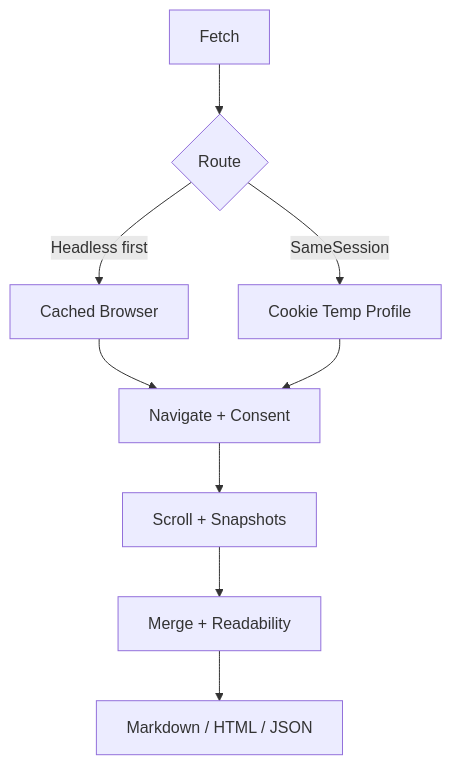
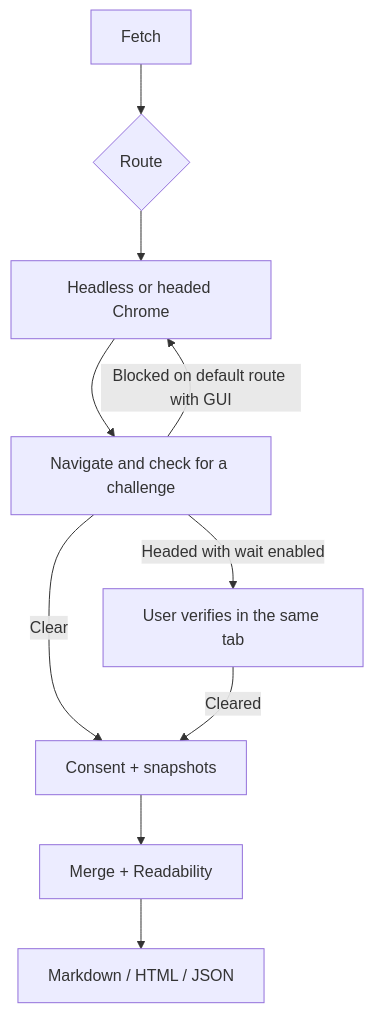
Before and after one commit to pardnchiu/go-browser: the diagram in README.md, drawn with Mermaid. The commit also changed other lines of this file and 65 other files, not shown here.

````diff
--- a/README.md
+++ b/README.md
@@ -43,11 +45,12 @@
 ```mermaid
 graph TB
     A[Fetch] --> B{Route}
-    B -->|Headless first| C[Cached Browser]
-    B -->|SameSession| D[Cookie Temp Profile]
-    C --> E[Navigate + Consent]
-    D --> E
-    E --> F[Scroll + Snapshots]
+    B --> C[Headless or headed Chrome]
+    C --> D[Navigate and check for a challenge]
+    D -->|Blocked on default route with GUI| C
+    D -->|Headed with wait enabled| E[User verifies in the same tab]
+    D -->|Clear| F[Consent + snapshots]
+    E -->|Cleared| F
     F --> G[Merge + Readability]
     G --> H[Markdown / HTML / JSON]
 ```
````
